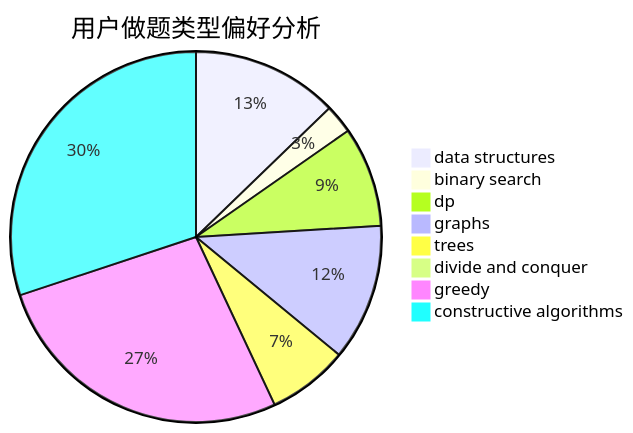
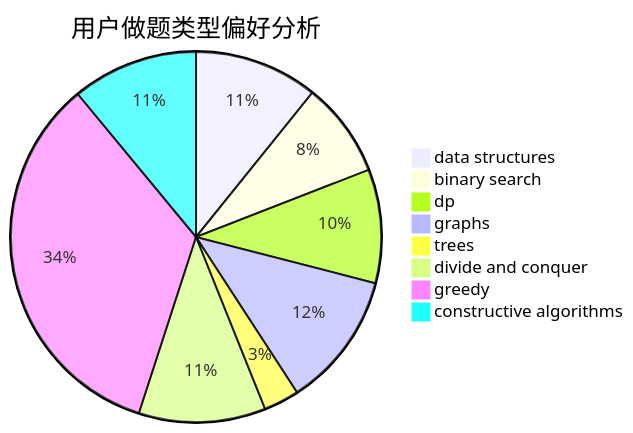
One commit to sherpahu/cfrs.github.io changed the second of 3 diagrams in docs/user/u586.md. Above: the diagram before and after it, drawn with Mermaid. The commit also changed other lines of this file and 2770 other files, not shown here.

````diff
--- a/docs/user/u586.md
+++ b/docs/user/u586.md
@@ -23,11 +23,11 @@
 ```mermaid
 pie title 用户做题类型偏好分析
-    "data structures" :  76
-    "binary search" :  15
-    "dp" :  52
-    "graphs" :  71
-    "trees" :  42
-    "divide and conquer" :  1
-    "greedy" :  160
-    "constructive algorithms" :  179
+    "data structures" :  160
+    "binary search" :  123
+    "dp" :  147
+    "graphs" :  175
+    "trees" :  46
+    "divide and conquer" :  164
+    "greedy" :  504
+    "constructive algorithms" :  163
 ```
````
